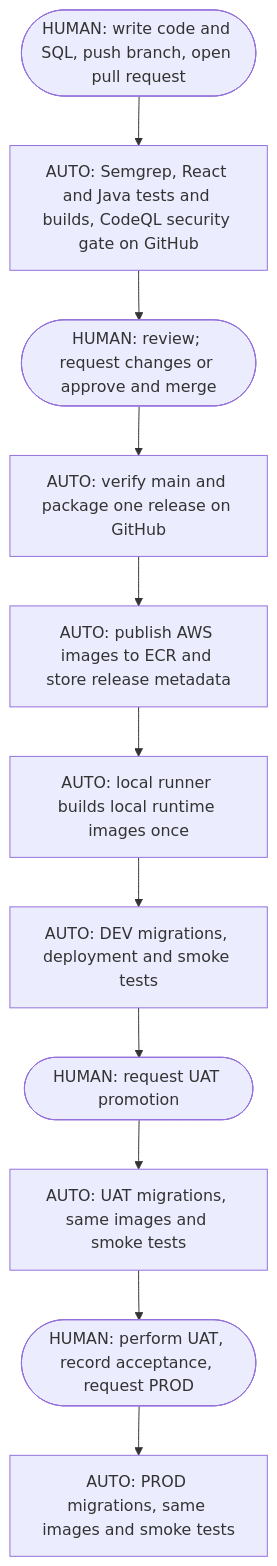
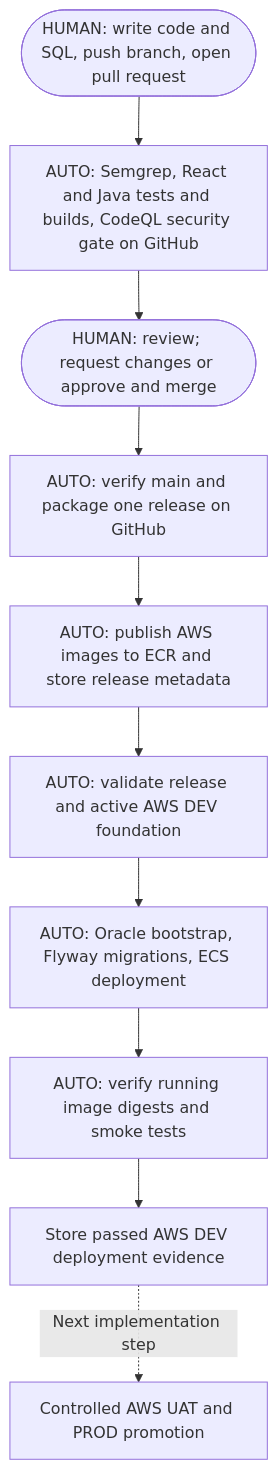
The diagram in README.md (swbergmann/fintech-app), drawn with Mermaid before and after one commit. The commit also changed other lines of this file and 11 other files, not shown here.

````diff
--- a/README.md
+++ b/README.md
@@ -34,13 +37,12 @@
 ```mermaid
 flowchart TD
   A([HUMAN: write code and SQL, push branch, open pull request]) --> B[AUTO: Semgrep, React and Java tests and builds, CodeQL security gate on GitHub]
   B --> C([HUMAN: review; request changes or approve and merge])
   C --> D[AUTO: verify main and package one release on GitHub]
   D --> P[AUTO: publish AWS images to ECR and store release metadata]
-  P --> E[AUTO: local runner builds local runtime images once]
-  E --> F[AUTO: DEV migrations, deployment and smoke tests]
-  F --> G([HUMAN: request UAT promotion])
-  G --> H[AUTO: UAT migrations, same images and smoke tests]
-  H --> I([HUMAN: perform UAT, record acceptance, request PROD])
-  I --> J[AUTO: PROD migrations, same images and smoke tests]
+  P --> E[AUTO: validate release and active AWS DEV foundation]
+  E --> F[AUTO: Oracle bootstrap, Flyway migrations, ECS deployment]
+  F --> G[AUTO: verify running image digests and smoke tests]
+  G --> H[Store passed AWS DEV deployment evidence]
+  H -. Next implementation step .-> I[Controlled AWS UAT and PROD promotion]
 ```
````
